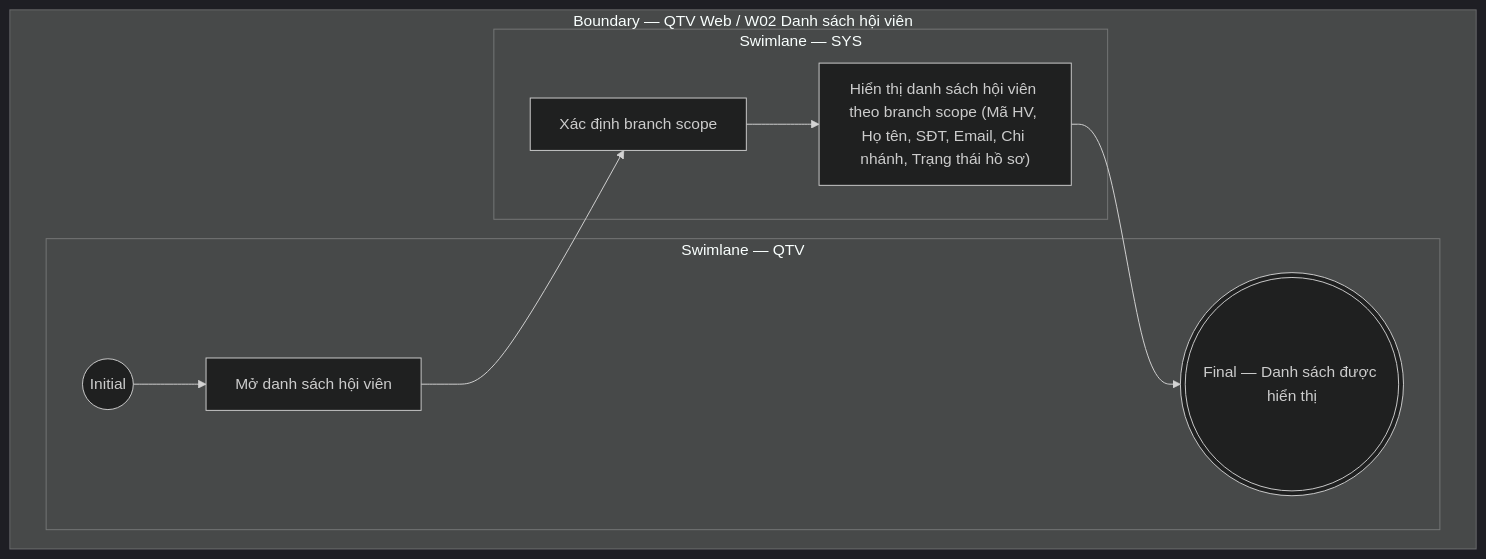
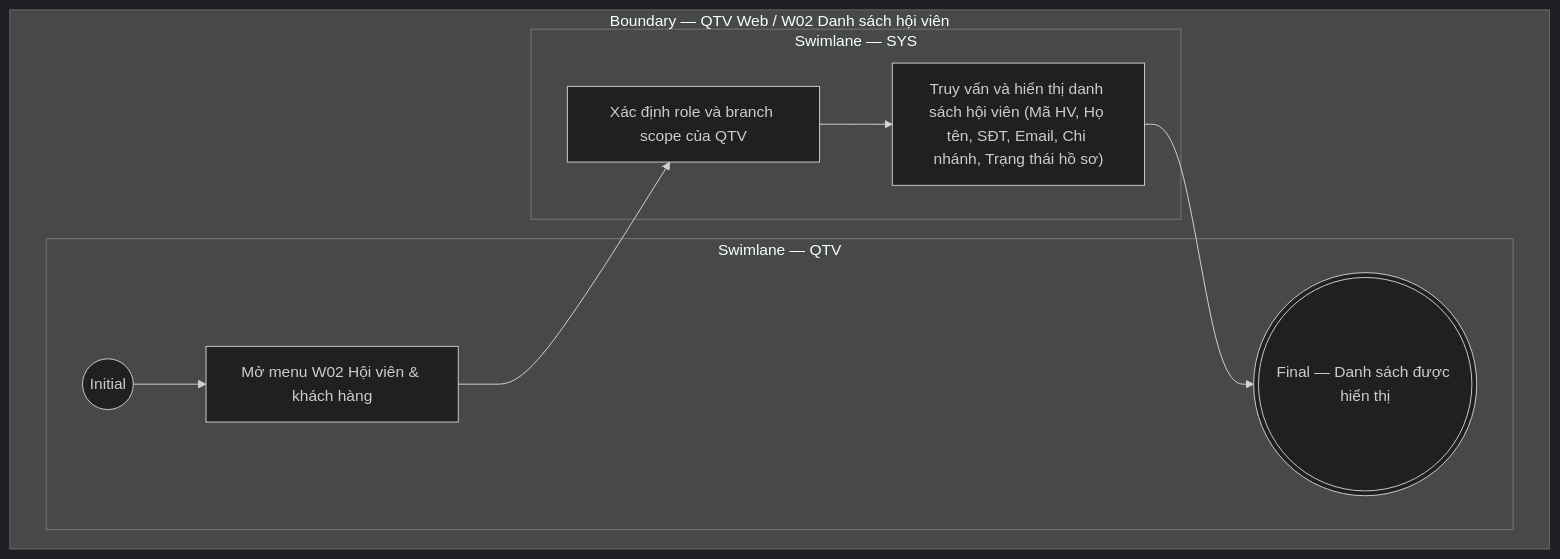
Before and after one commit to ThachY-23120411/Paradise-Gym-v2: the diagram in docs/user-stories/qtv/QTV-W02-Hội viên & khách hàng/QTV-W02-US04-Xem danh sách hội viên.md, drawn with Mermaid (dark theme). The commit also changed other lines of this file and 97 other files, not shown here.

````diff
--- a/docs/user-stories/qtv/QTV-W02-Hội viên & khách hàng/QTV-W02-US04-Xem danh sách hội viên.md
+++ b/docs/user-stories/qtv/QTV-W02-Hội viên & khách hàng/QTV-W02-US04-Xem danh sách hội viên.md
@@ -26,16 +40,16 @@
 ```mermaid
 flowchart TB
   subgraph B["Boundary — QTV Web / W02 Danh sách hội viên"]
     subgraph L0["Swimlane — QTV"]
       I01(("Initial"))
-      A01["Mở danh sách hội viên"]
+      A01["Mở menu W02 Hội viên & khách hàng"]
       F01((("Final — Danh sách được hiển thị")))
       I01 --> A01
     end
     subgraph L1["Swimlane — SYS"]
-      S01["Xác định branch scope"]
-      S02["Hiển thị danh sách hội viên theo branch scope (Mã HV, Họ tên, SĐT, Email, Chi nhánh, Trạng thái hồ sơ)"]
+      S01["Xác định role và branch scope của QTV"]
+      S02["Truy vấn và hiển thị danh sách hội viên (Mã HV, Họ tên, SĐT, Email, Chi nhánh, Trạng thái hồ sơ)"]
       A01 --> S01 --> S02 --> F01
     end
   end
 ```
````
